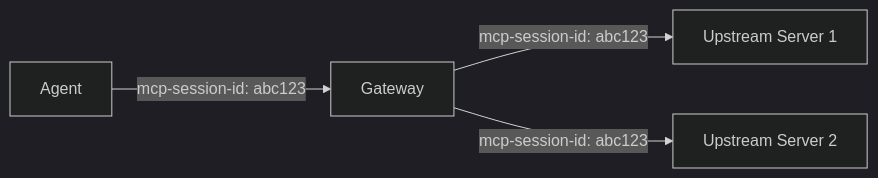
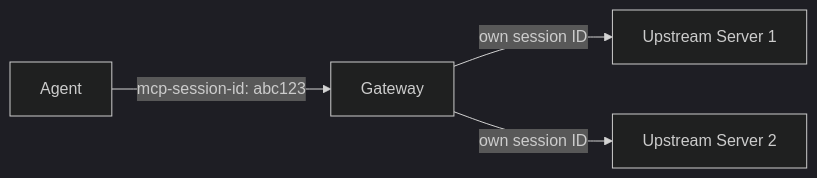
The fourth of 8 diagrams in docs/design/session-management.md (karashiiro/my-cool-proxy), drawn with Mermaid (dark theme) before and after one commit. The commit also changed other lines of this file and 8 other files, not shown here.

````diff
--- a/docs/design/session-management.md
+++ b/docs/design/session-management.md
@@ -153,6 +157,6 @@
 ```mermaid
 flowchart LR
     Agent["Agent"] -->|"mcp-session-id: abc123"| Gateway["Gateway"]
-    Gateway -->|"mcp-session-id: abc123"| Server1["Upstream Server 1"]
-    Gateway -->|"mcp-session-id: abc123"| Server2["Upstream Server 2"]
+    Gateway -->|"own session ID"| Server1["Upstream Server 1"]
+    Gateway -->|"own session ID"| Server2["Upstream Server 2"]
 ```
````
